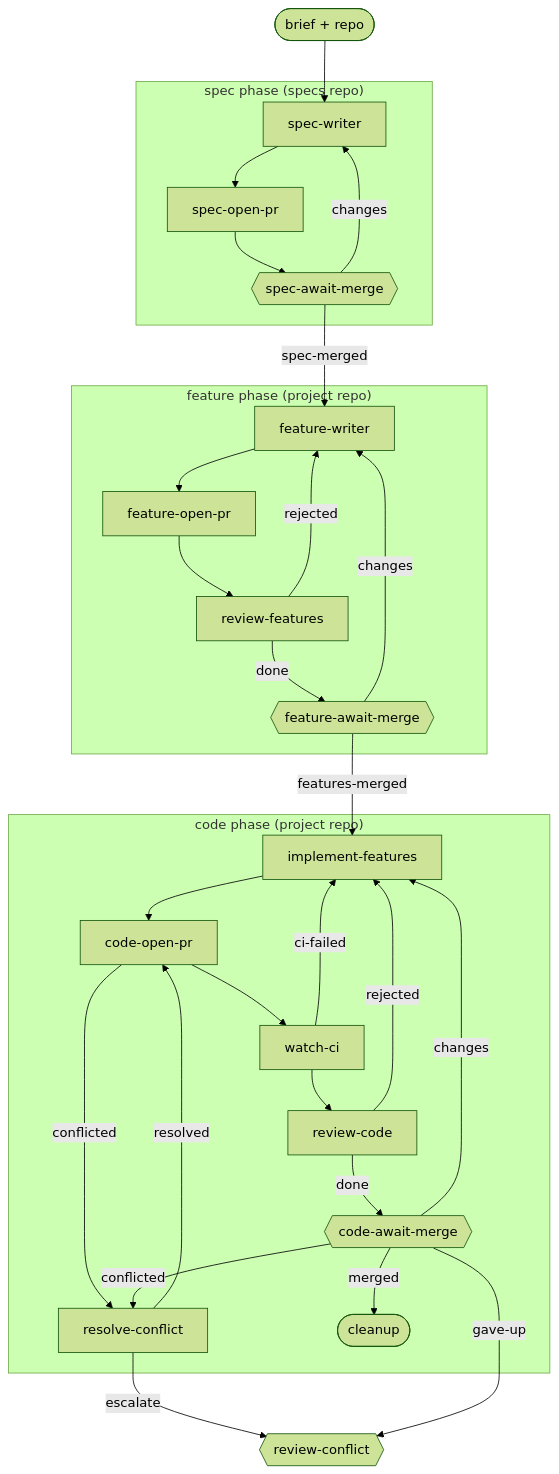
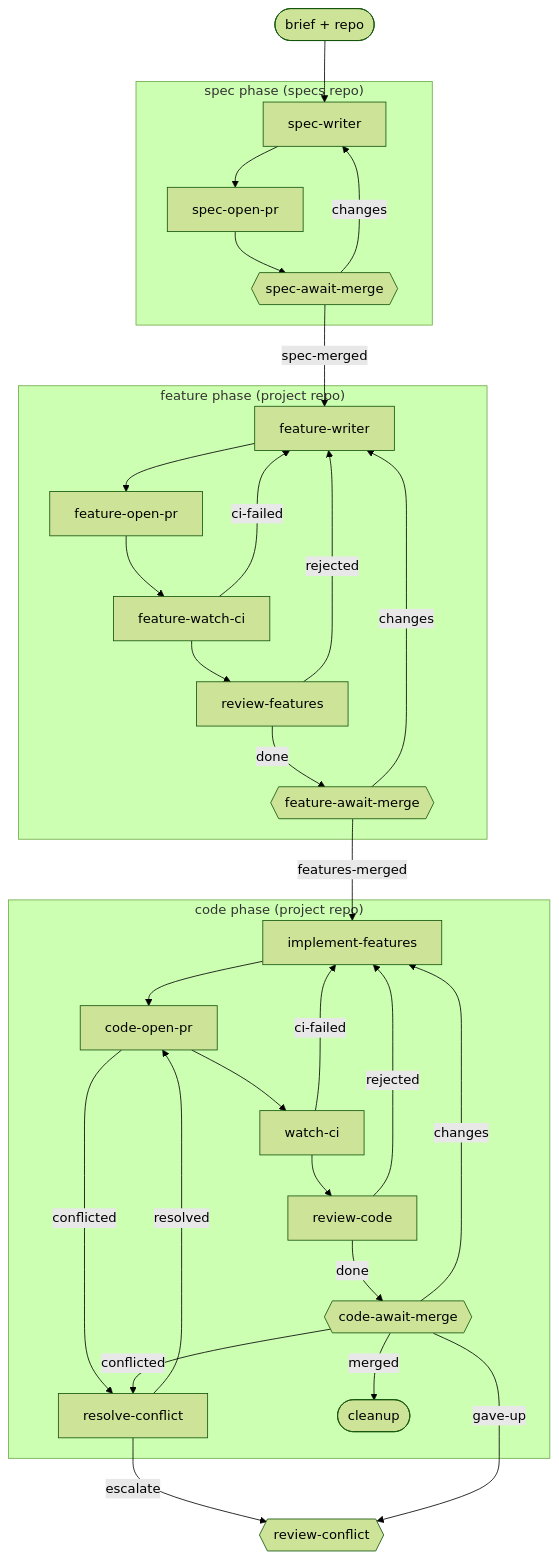
Before and after one commit to kenmclennan/lightcycle-workflows: the diagram in docs/bdd-driven.md, drawn with Mermaid (forest theme). The commit also changed other lines of this file and 2 other files, not shown here.

Commit message:
feat(workflows): add feature-watch-ci gate to bdd-driven
review-features could be claimed while CI was still pending on a
freshly opened feature PR, forcing an honest but avoidable park.
Mirror the code phase's open-pr -> watch-ci -> review hop: add
feature-watch-ci (aliasing watch-ci) ahead of review-features, and
feature-review-ci (aliasing review-ci) as its ci_failed_cap
escalation target. review-features no longer re-derives CI state
itself, since the new gate now guarantees it before the step is
ever reached.

````diff
--- a/docs/bdd-driven.md
+++ b/docs/bdd-driven.md
@@ -15,29 +15,30 @@
 ```mermaid
 flowchart TD
     brief(["brief + repo"]) --> SW["spec-writer"]
     subgraph S ["spec phase (specs repo)"]
         SW --> SOP["spec-open-pr"] --> SAM{{"spec-await-merge"}}
         SAM -->|changes| SW
     end
     SAM -->|spec-merged| FW["feature-writer"]
     subgraph F ["feature phase (project repo)"]
-        FW --> FOP["feature-open-pr"] --> RF["review-features"]
+        FW --> FOP["feature-open-pr"] --> FWCI["feature-watch-ci"] --> RF["review-features"]
+        FWCI -->|ci-failed| FW
         RF -->|rejected| FW
         RF -->|done| FAM{{"feature-await-merge"}}
         FAM -->|changes| FW
     end
     FAM -->|features-merged| IF["implement-features"]
     subgraph C ["code phase (project repo)"]
         IF --> COP["code-open-pr"] --> WCI["watch-ci"] --> RC["review-code"]
         WCI -->|ci-failed| IF
         RC -->|rejected| IF
         RC -->|done| CAM{{"code-await-merge"}}
         CAM -->|changes| IF
         COP -->|conflicted| RCF["resolve-conflict"]
         CAM -->|conflicted| RCF
         RCF -->|resolved| COP
         CAM -->|merged| CU(["cleanup"])
     end
     RCF -->|escalate| RCON{{"review-conflict"}}
     CAM -->|gave-up| RCON
 ```
````
